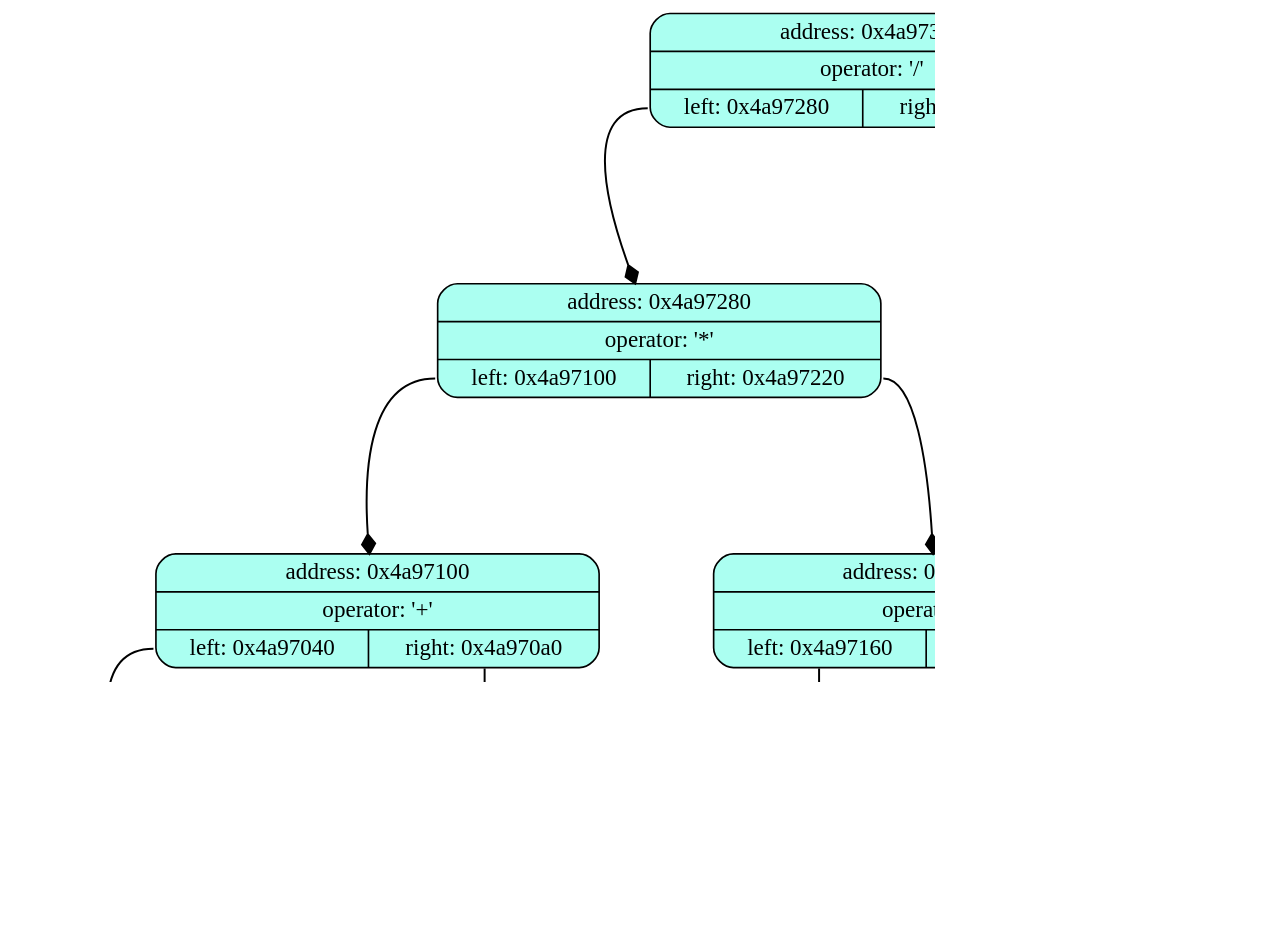
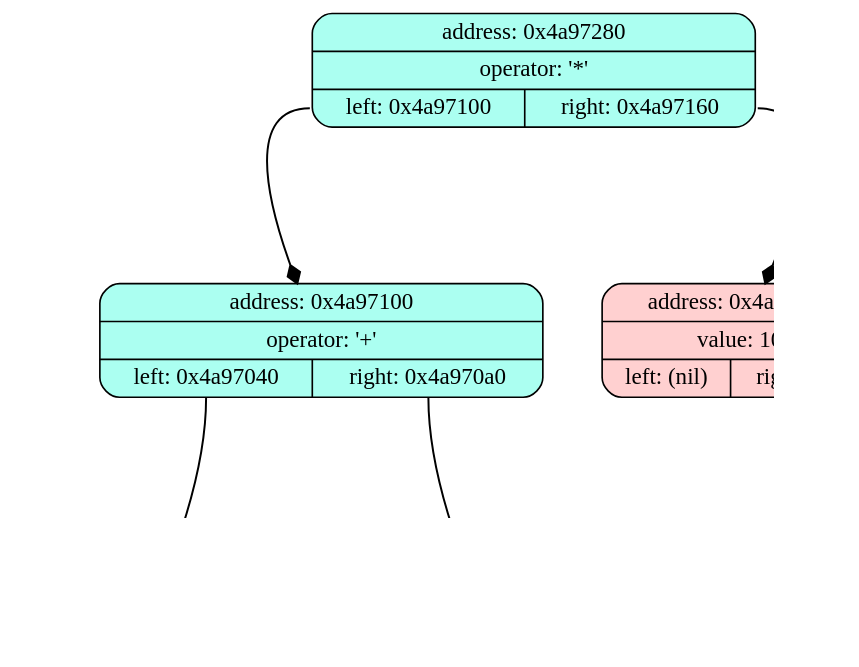
Before and after one commit to VictorBerbenets/Differentiator: the diagram in data/list.dot, drawn with Graphviz. The commit also changed 10 other files, not shown here.

```diff
--- a/data/list.dot
+++ b/data/list.dot
@@ -1,34 +1,22 @@
 digraph List {
 	dpi = 100;
 	fontname = "Comic Sans MS";
 	fontsize = 20;
 	rankdir  = TB;
 graph [fillcolor = lightgreen, ranksep = 1.3, nodesep = 0.5, style = "rounded", color = green, penwidth = 2];
 edge [color = black, arrowhead = diamond, arrowsize = 1, penwidth = 1.2];
-node1 [shape = Mrecord, style = filled, fillcolor = "#ABFFF1", label = "{address: 0x4a97340|operator: '/'| { <ptr1> left: 0x4a97280| <ptr2> right: 0x4a972e0}}"]
-node2 [shape = Mrecord, style = filled, fillcolor = "#ABFFF1", label = "{address: 0x4a97340|operator: '/'| { <ptr1> left: 0x4a97280| <ptr2> right: 0x4a972e0}}"]
-node1: <ptr1> -> node2; node3 [shape = Mrecord, style = filled, fillcolor = "#ABFFF1", label = "{address: 0x4a97340|operator: '/'| { <ptr1> left: 0x4a97280| <ptr2> right: 0x4a972e0}}"]
+node1 [shape = Mrecord, style = filled, fillcolor = "#ABFFF1", label = "{address: 0x4a97280|operator: '*'| { <ptr1> left: 0x4a97100| <ptr2> right: 0x4a97160}}"]
+node2 [shape = Mrecord, style = filled, fillcolor = "#ABFFF1", label = "{address: 0x4a97280|operator: '*'| { <ptr1> left: 0x4a97100| <ptr2> right: 0x4a97160}}"]
+node1: <ptr1> -> node2; node3 [shape = Mrecord, style = filled, fillcolor = "#ABFFF1", label = "{address: 0x4a97280|operator: '*'| { <ptr1> left: 0x4a97100| <ptr2> right: 0x4a97160}}"]
 node1: <ptr2> -> node3; 
-node2 [shape = Mrecord, style = filled, fillcolor = "#ABFFF1", label = "{address: 0x4a97280|operator: '*'| { <ptr1> left: 0x4a97100| <ptr2> right: 0x4a97220}}"]
-node4 [shape = Mrecord, style = filled, fillcolor = "#ABFFF1", label = "{address: 0x4a97280|operator: '*'| { <ptr1> left: 0x4a97100| <ptr2> right: 0x4a97220}}"]
-node2: <ptr1> -> node4; node5 [shape = Mrecord, style = filled, fillcolor = "#ABFFF1", label = "{address: 0x4a97280|operator: '*'| { <ptr1> left: 0x4a97100| <ptr2> right: 0x4a97220}}"]
+node2 [shape = Mrecord, style = filled, fillcolor = "#ABFFF1", label = "{address: 0x4a97100|operator: '+'| { <ptr1> left: 0x4a97040| <ptr2> right: 0x4a970a0}}"]
+node4 [shape = Mrecord, style = filled, fillcolor = "#ABFFF1", label = "{address: 0x4a97100|operator: '+'| { <ptr1> left: 0x4a97040| <ptr2> right: 0x4a970a0}}"]
+node2: <ptr1> -> node4; node5 [shape = Mrecord, style = filled, fillcolor = "#ABFFF1", label = "{address: 0x4a97100|operator: '+'| { <ptr1> left: 0x4a97040| <ptr2> right: 0x4a970a0}}"]
 node2: <ptr2> -> node5; 
-node3 [shape = Mrecord, style = filled, fillcolor = "#FFD0D0", label = "{address: 0x4a972e0|value: -5.5| { <ptr1> left: (nil)| <ptr2> right: (nil)}}"]
+node3 [shape = Mrecord, style = filled, fillcolor = "#FFD0D0", label = "{address: 0x4a97160|value: 10| { <ptr1> left: (nil)| <ptr2> right: (nil)}}"]
 
-node4 [shape = Mrecord, style = filled, fillcolor = "#ABFFF1", label = "{address: 0x4a97100|operator: '+'| { <ptr1> left: 0x4a97040| <ptr2> right: 0x4a970a0}}"]
-node6 [shape = Mrecord, style = filled, fillcolor = "#ABFFF1", label = "{address: 0x4a97100|operator: '+'| { <ptr1> left: 0x4a97040| <ptr2> right: 0x4a970a0}}"]
-node4: <ptr1> -> node6; node7 [shape = Mrecord, style = filled, fillcolor = "#ABFFF1", label = "{address: 0x4a97100|operator: '+'| { <ptr1> left: 0x4a97040| <ptr2> right: 0x4a970a0}}"]
-node4: <ptr2> -> node7; 
-node5 [shape = Mrecord, style = filled, fillcolor = "#ABFFF1", label = "{address: 0x4a97220|operator: '-'| { <ptr1> left: 0x4a97160| <ptr2> right: 0x4a971c0}}"]
-node8 [shape = Mrecord, style = filled, fillcolor = "#ABFFF1", label = "{address: 0x4a97220|operator: '-'| { <ptr1> left: 0x4a97160| <ptr2> right: 0x4a971c0}}"]
-node5: <ptr1> -> node8; node9 [shape = Mrecord, style = filled, fillcolor = "#ABFFF1", label = "{address: 0x4a97220|operator: '-'| { <ptr1> left: 0x4a97160| <ptr2> right: 0x4a971c0}}"]
-node5: <ptr2> -> node9; 
-node6 [shape = Mrecord, style = filled, fillcolor = "#FFD0D0", label = "{address: 0x4a97040|value: 5| { <ptr1> left: (nil)| <ptr2> right: (nil)}}"]
+node4 [shape = Mrecord, style = filled, fillcolor = "#FFD0D0", label = "{address: 0x4a97040|value: 5| { <ptr1> left: (nil)| <ptr2> right: (nil)}}"]
 
-node7 [shape = Mrecord, style = filled, fillcolor = "#FFD0D0", label = "{address: 0x4a970a0|value: 7| { <ptr1> left: (nil)| <ptr2> right: (nil)}}"]
-
-node8 [shape = Mrecord, style = filled, fillcolor = "#FFD0D0", label = "{address: 0x4a97160|value: 10| { <ptr1> left: (nil)| <ptr2> right: (nil)}}"]
-
-node9 [shape = Mrecord, style = filled, fillcolor = "#FFD0D0", label = "{address: 0x4a971c0|value: -100| { <ptr1> left: (nil)| <ptr2> right: (nil)}}"]
+node5 [shape = Mrecord, style = filled, fillcolor = "#FFD0D0", label = "{address: 0x4a970a0|value: 7| { <ptr1> left: (nil)| <ptr2> right: (nil)}}"]
 
 }
```
